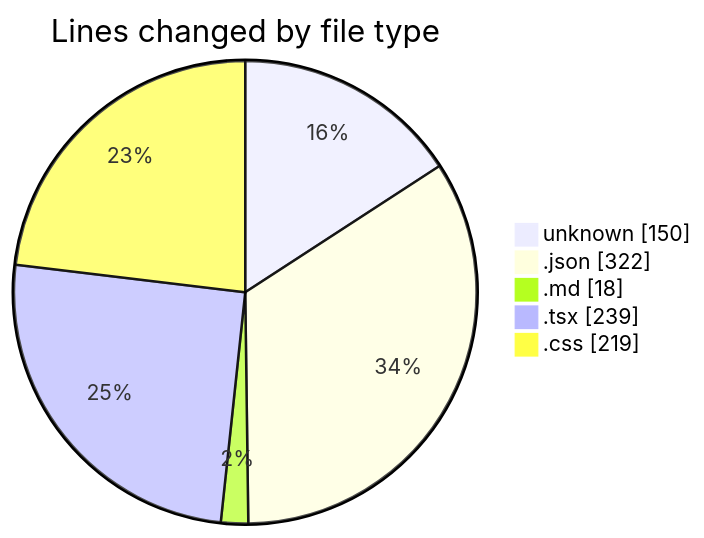
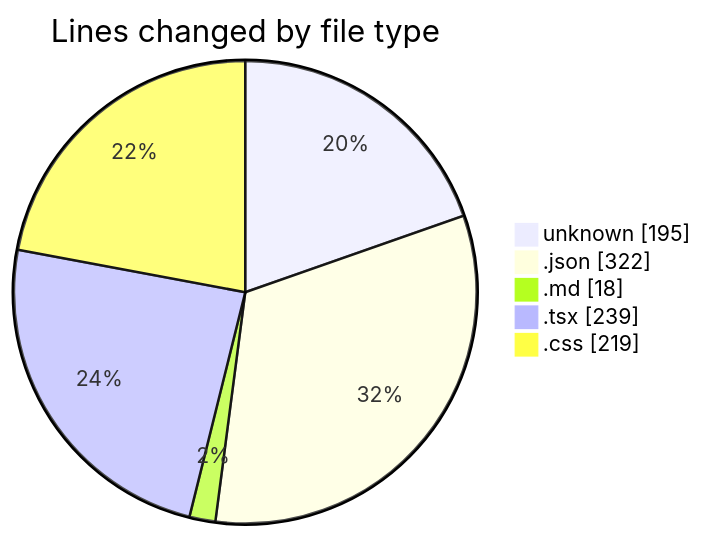
One commit to EIIisD/code-tracking changed the first of 2 diagrams in 2025-08-07/ribbon/README.md. Above: the diagram before and after it, drawn with Mermaid. The commit also changed other lines of this file and 1 other file, not shown here.

````diff
--- a/2025-08-07/ribbon/README.md
+++ b/2025-08-07/ribbon/README.md
@@ -27,9 +28,9 @@
 ```mermaid
 pie showData
 title Lines changed by file type
-"unknown" : 150
+"unknown" : 195
 ".json" : 322
 ".md" : 18
 ".tsx" : 239
 ".css" : 219
 ```
````
